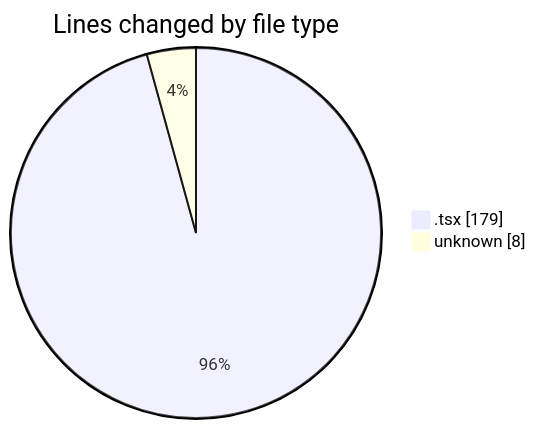
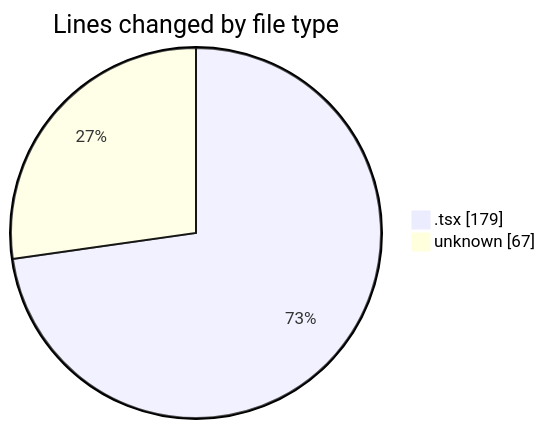
Before and after one commit to Elitesun/code-tracking: the first of 2 diagrams in 2025-05-21/niten/README.md, drawn with Mermaid. The commit also changed other lines of this file and 1 other file, not shown here.

````diff
--- a/2025-05-21/niten/README.md
+++ b/2025-05-21/niten/README.md
@@ -23,6 +25,6 @@
 ```mermaid
 pie showData
 title Lines changed by file type
 ".tsx" : 179
-"unknown" : 8
+"unknown" : 67
 ```
````
